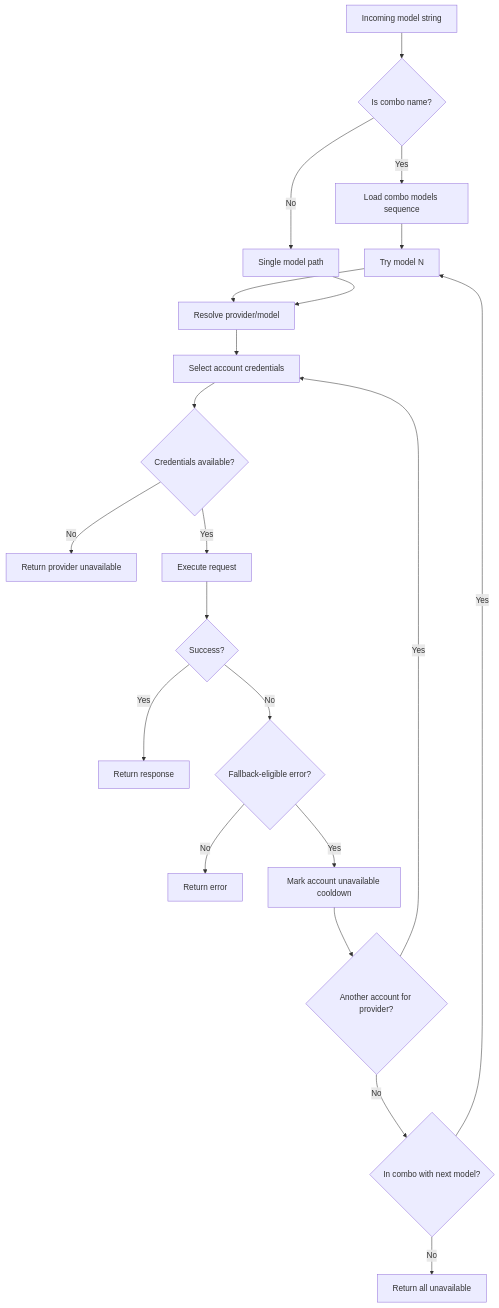
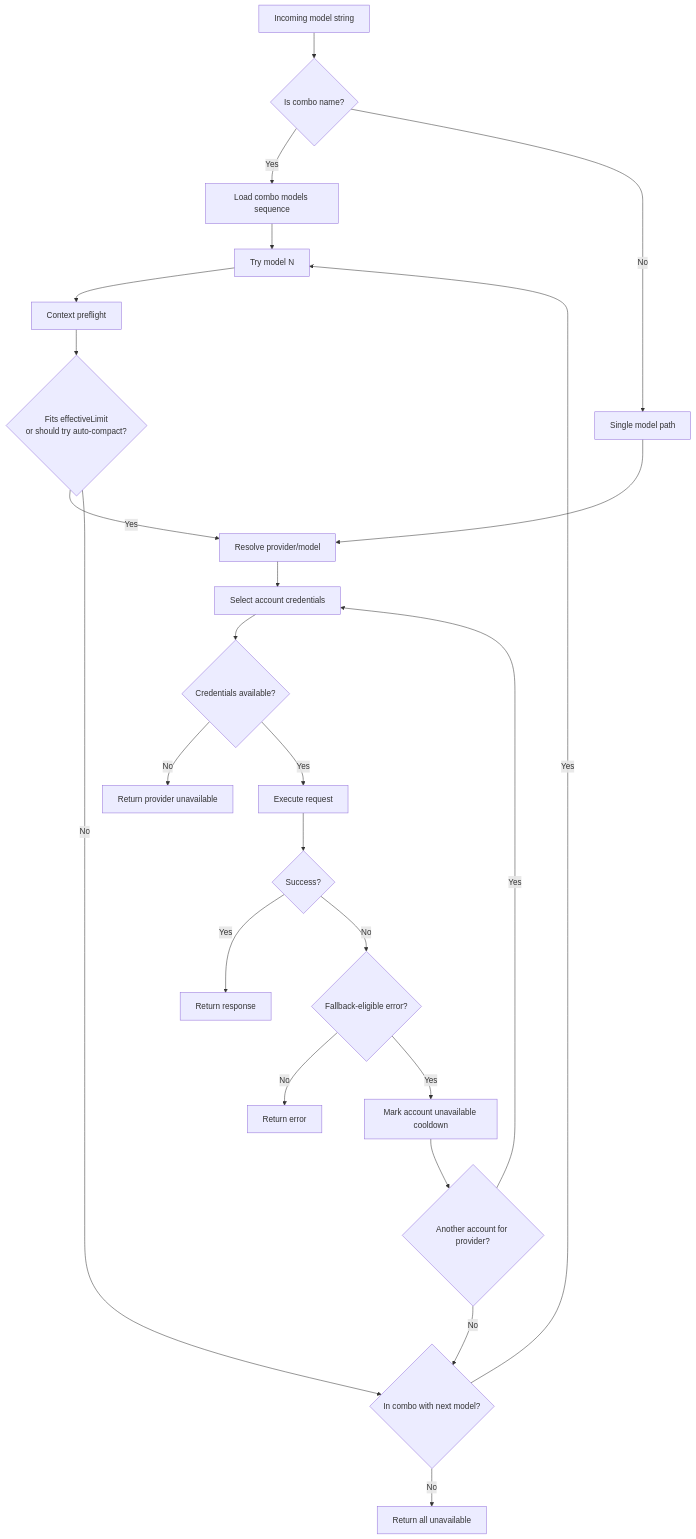
The third of 7 diagrams in docs/ARCHITECTURE.md (deptrai/9router), drawn with Mermaid before and after one commit. The commit also changed other lines of this file and 2 other files, not shown here.

Commit message:
fix(combo): use effective context for fallback

````diff
--- a/docs/ARCHITECTURE.md
+++ b/docs/ARCHITECTURE.md
@@ -212,27 +214,30 @@
 ```mermaid
 flowchart TD
     A[Incoming model string] --> B{Is combo name?}
     B -- Yes --> C[Load combo models sequence]
     B -- No --> D[Single model path]
 
     C --> E[Try model N]
-    E --> F[Resolve provider/model]
+    E --> E0[Context preflight]
+    E0 --> E1{Fits effectiveLimit<br/>or should try auto-compact?}
+    E1 -- Yes --> F[Resolve provider/model]
+    E1 -- No --> Q
     D --> F
 
     F --> G[Select account credentials]
     G --> H{Credentials available?}
     H -- No --> I[Return provider unavailable]
     H -- Yes --> J[Execute request]
 
     J --> K{Success?}
     K -- Yes --> L[Return response]
     K -- No --> M{Fallback-eligible error?}
 
     M -- No --> N[Return error]
     M -- Yes --> O[Mark account unavailable cooldown]
     O --> P{Another account for provider?}
     P -- Yes --> G
     P -- No --> Q{In combo with next model?}
     Q -- Yes --> E
     Q -- No --> R[Return all unavailable]
 ```
````
